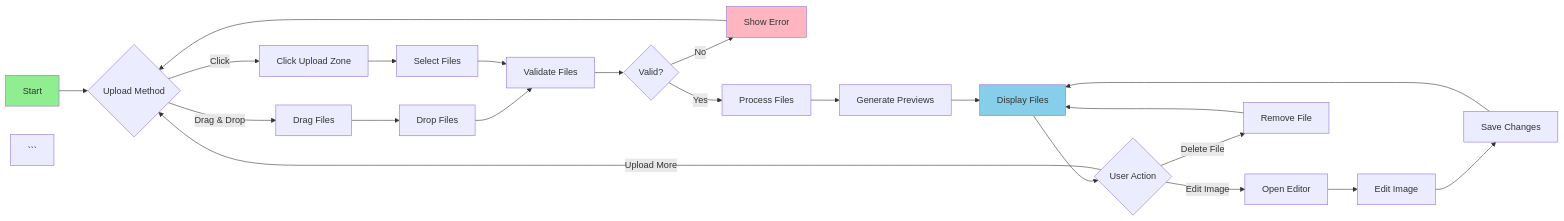
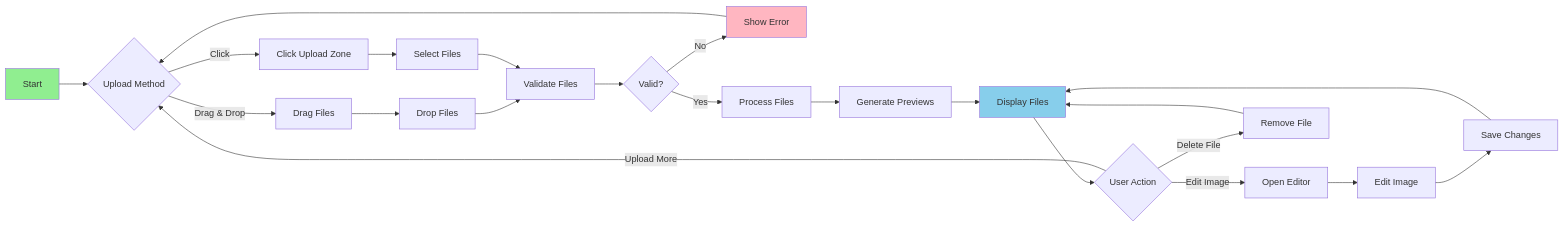
One commit to gedeza/thrive-send changed the third of 3 diagrams in DOCS/components/content/MediaUploader.md. Above: the diagram before and after it, drawn with Mermaid. The commit also changed other lines of this file, not shown here.

````diff
--- a/DOCS/components/content/MediaUploader.md
+++ b/DOCS/components/content/MediaUploader.md
@@ -241,36 +252,35 @@
 ```mermaid
 graph LR
     A[Start] --> B{Upload Method}
     B -->|Drag & Drop| C[Drag Files]
     B -->|Click| D[Click Upload Zone]
     
     C --> E[Drop Files]
     D --> F[Select Files]
     
     E --> G[Validate Files]
     F --> G
     
     G --> H{Valid?}
     H -->|No| I[Show Error]
     H -->|Yes| J[Process Files]
     
     I --> B
     J --> K[Generate Previews]
     K --> L[Display Files]
     
     L --> M{User Action}
     M -->|Edit Image| N[Open Editor]
     M -->|Delete File| O[Remove File]
     M -->|Upload More| B
     
     N --> P[Edit Image]
     P --> Q[Save Changes]
     Q --> L
     
     O --> L
     
     style A fill:#90EE90
     style I fill:#FFB6C1
     style L fill:#87CEEB
-    ```
 ```
````
